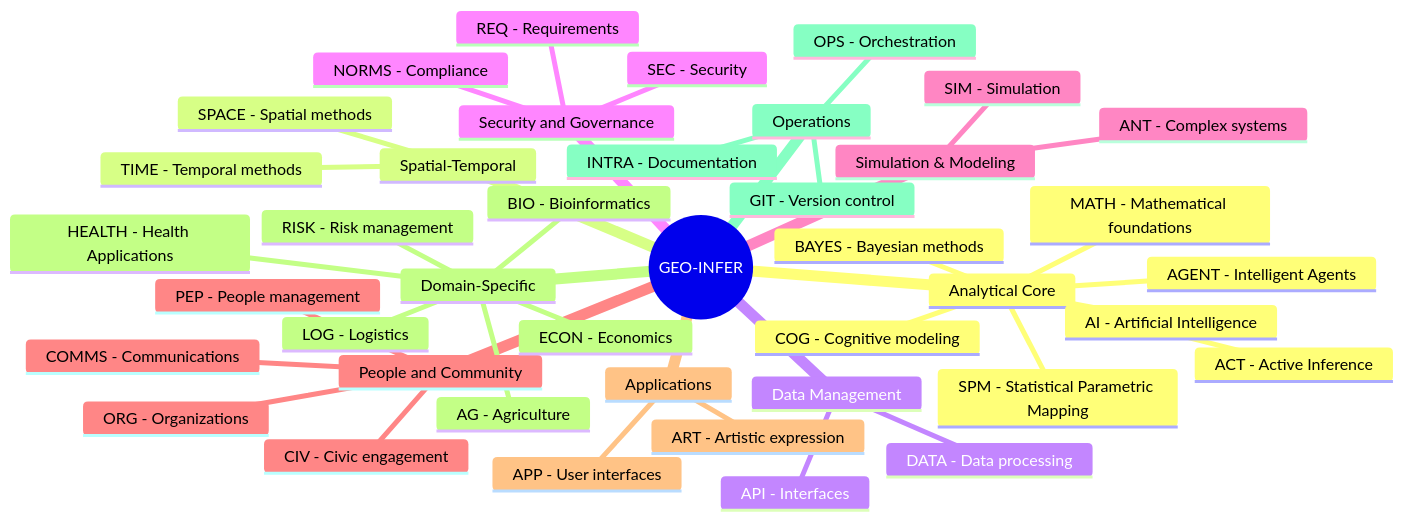
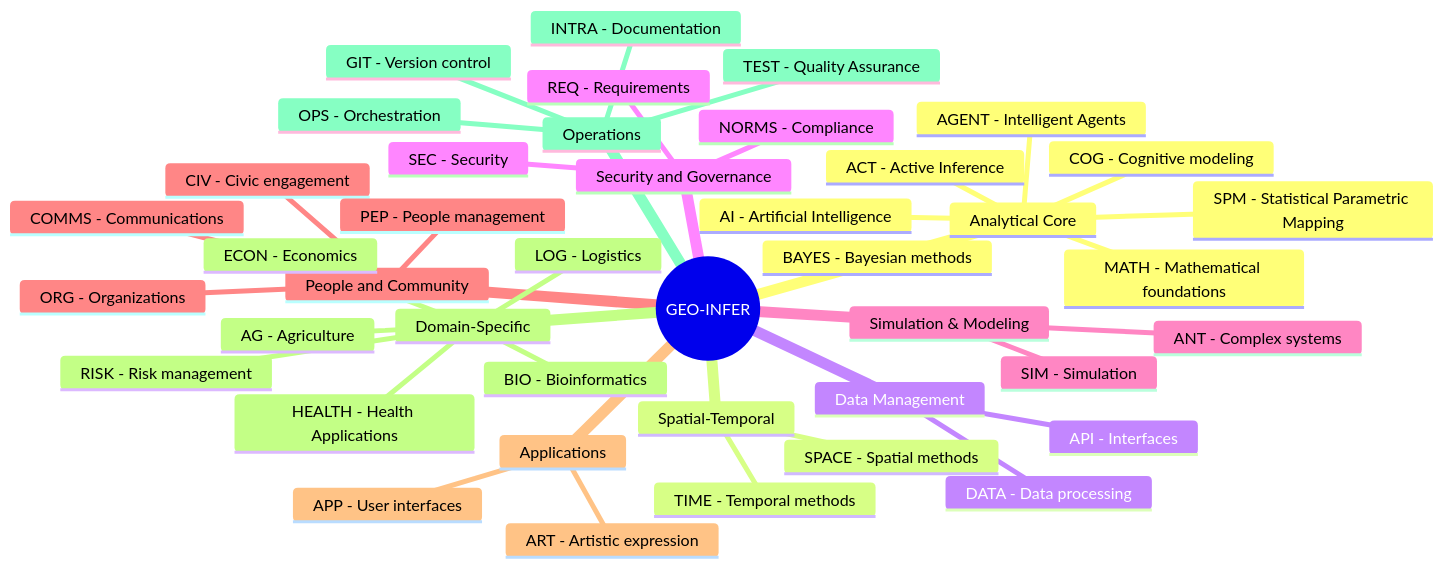
One commit to ActiveInferenceInstitute/GEO-INFER changed the first of 5 diagrams in README.md. Above: the diagram before and after it, drawn with Mermaid. The commit also changed other lines of this file and 54 other files, not shown here.

````diff
--- a/README.md
+++ b/README.md
@@ -27,44 +27,45 @@
 ```mermaid
 mindmap
   root((GEO-INFER))
     Analytical Core
       ACT - Active Inference
       BAYES - Bayesian methods
       AI - Artificial Intelligence
       MATH - Mathematical foundations
       COG - Cognitive modeling
       AGENT - Intelligent Agents
       SPM - Statistical Parametric Mapping
     Spatial-Temporal
       SPACE - Spatial methods
       TIME - Temporal methods
     Data Management
       DATA - Data processing
       API - Interfaces
     Security and Governance
       SEC - Security
       NORMS - Compliance
       REQ - Requirements
     Simulation & Modeling
       SIM - Simulation
       ANT - Complex systems
     People and Community
       CIV - Civic engagement
       PEP - People management
       ORG - Organizations
       COMMS - Communications
     Applications
       APP - User interfaces
       ART - Artistic expression
     Domain-Specific
       AG - Agriculture
       ECON - Economics
       RISK - Risk management
       LOG - Logistics
       BIO - Bioinformatics
       HEALTH - Health Applications
     Operations
       OPS - Orchestration
       INTRA - Documentation
       GIT - Version control
+      TEST - Quality Assurance
 ```
````
